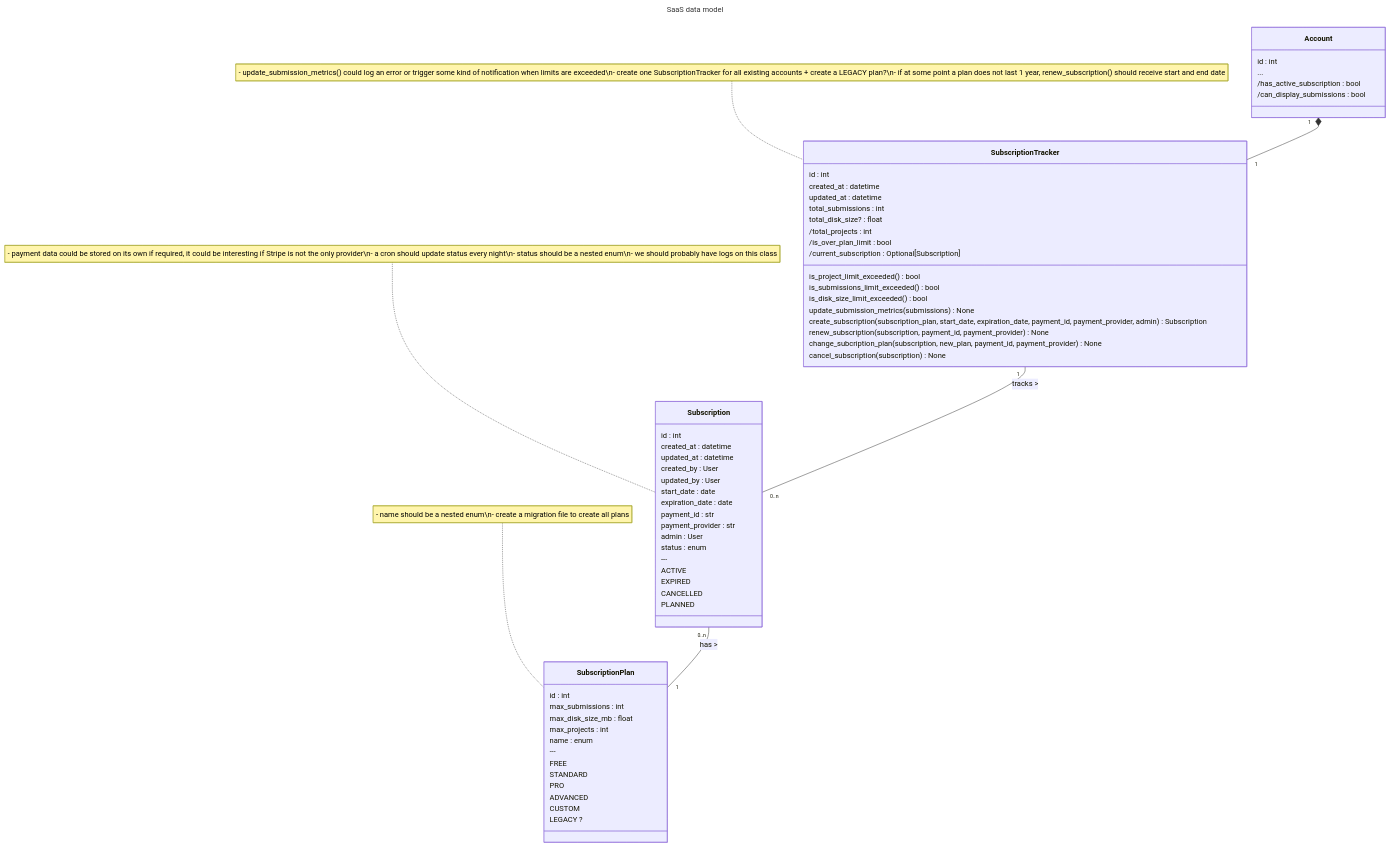
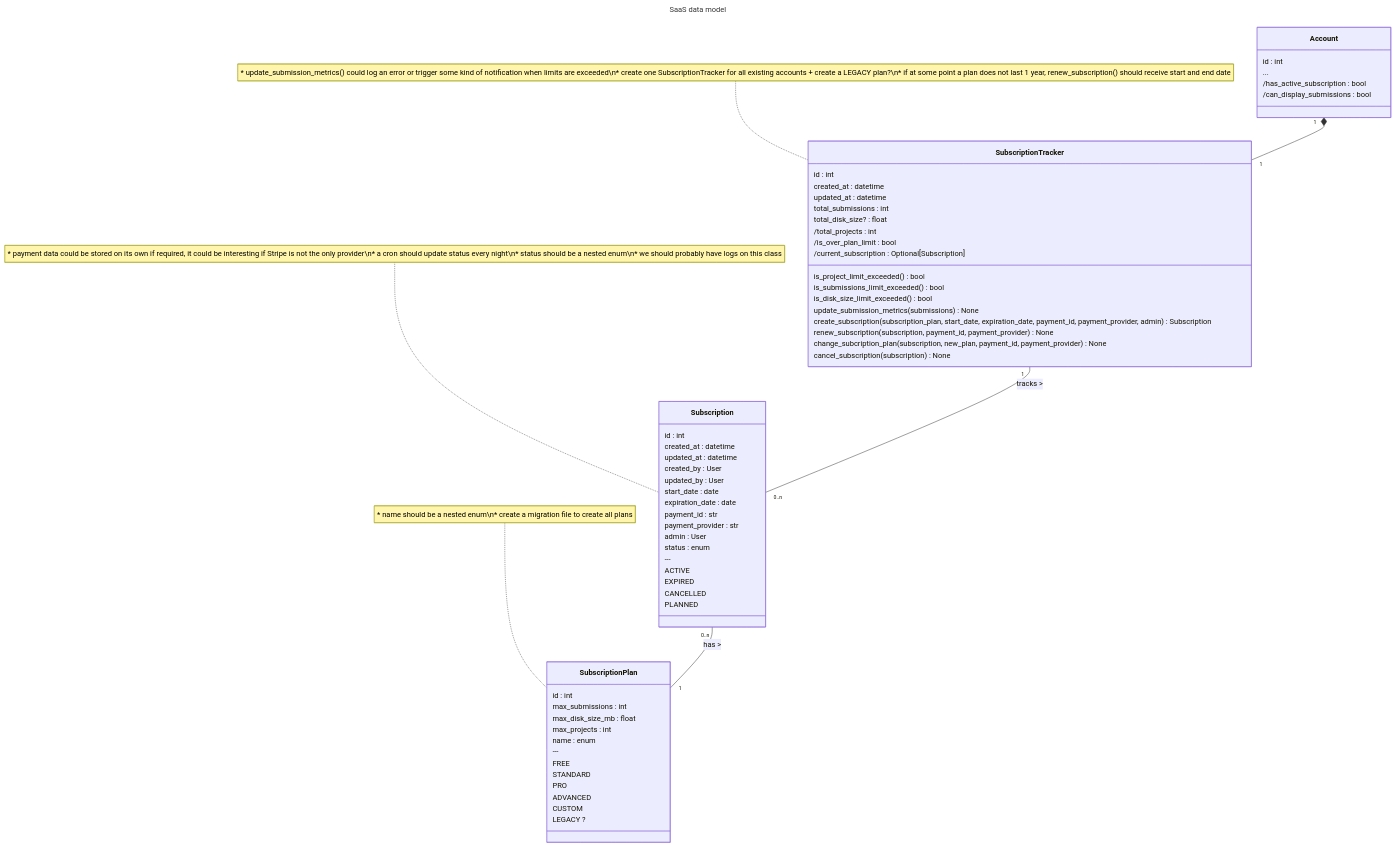
Before and after one commit to BLSQ/iaso: the second of 2 diagrams in docs/pages/dev/reference/SaaS/saas_modelization.md, drawn with Mermaid.

Commit message:
fix format for github

````diff
--- a/docs/pages/dev/reference/SaaS/saas_modelization.md
+++ b/docs/pages/dev/reference/SaaS/saas_modelization.md
@@ -54,76 +54,76 @@
 ```mermaid
 ---
 title: SaaS data model
 ---
 
 classDiagram
     class Account {
         id : int
         ...
         /has_active_subscription : bool
         /can_display_submissions : bool
     }
     
     class SubscriptionTracker {
         id : int
         created_at : datetime
         updated_at : datetime
         total_submissions : int
         total_disk_size? : float
         /total_projects : int
         /is_over_plan_limit : bool
         /current_subscription : Optional[Subscription]
         is_project_limit_exceeded() bool
         is_submissions_limit_exceeded() bool
         is_disk_size_limit_exceeded() bool
         update_submission_metrics(submissions) None
         create_subscription(subscription_plan, start_date, expiration_date, payment_id, payment_provider, admin) Subscription
         renew_subscription(subscription, payment_id, payment_provider) None
         change_subcription_plan(subscription, new_plan, payment_id, payment_provider) None
         cancel_subscription(subscription) None
     }
-    note for SubscriptionTracker "- update_submission_metrics() could log an error or trigger some kind of notification when limits are exceeded\n- create one SubscriptionTracker for all existing accounts + create a LEGACY plan?\n- if at some point a plan does not last 1 year, renew_subscription() should receive start and end date"
+    note for SubscriptionTracker "* update_submission_metrics() could log an error or trigger some kind of notification when limits are exceeded\n* create one SubscriptionTracker for all existing accounts + create a LEGACY plan?\n* if at some point a plan does not last 1 year, renew_subscription() should receive start and end date"
     
     Account "1" *-- "1" SubscriptionTracker
     
 
     class Subscription {
         id : int
         created_at : datetime
         updated_at : datetime
         created_by : User
         updated_by : User
         start_date : date
         expiration_date : date
         payment_id : str
         payment_provider : str
         admin : User
         status : enum
         ---
         ACTIVE
         EXPIRED
         CANCELLED
         PLANNED
     }
-    note for Subscription "- payment data could be stored on its own if required, it could be interesting if Stripe is not the only provider\n- a cron should update status every night\n- status should be a nested enum\n- we should probably have logs on this class"
+    note for Subscription "* payment data could be stored on its own if required, it could be interesting if Stripe is not the only provider\n* a cron should update status every night\n* status should be a nested enum\n* we should probably have logs on this class"
     
     SubscriptionTracker "1" -- "0..n" Subscription : tracks >
     
     class SubscriptionPlan { 
         id : int
         max_submissions : int
         max_disk_size_mb : float
         max_projects : int
         name : enum
         ---
         FREE
         STANDARD
         PRO
         ADVANCED
         CUSTOM
         LEGACY ?
     }
-    note for SubscriptionPlan "- name should be a nested enum\n- create a migration file to create all plans"
+    note for SubscriptionPlan "* name should be a nested enum\n* create a migration file to create all plans"
 
     Subscription "0..n" -- "1" SubscriptionPlan : has >
 ```
````
